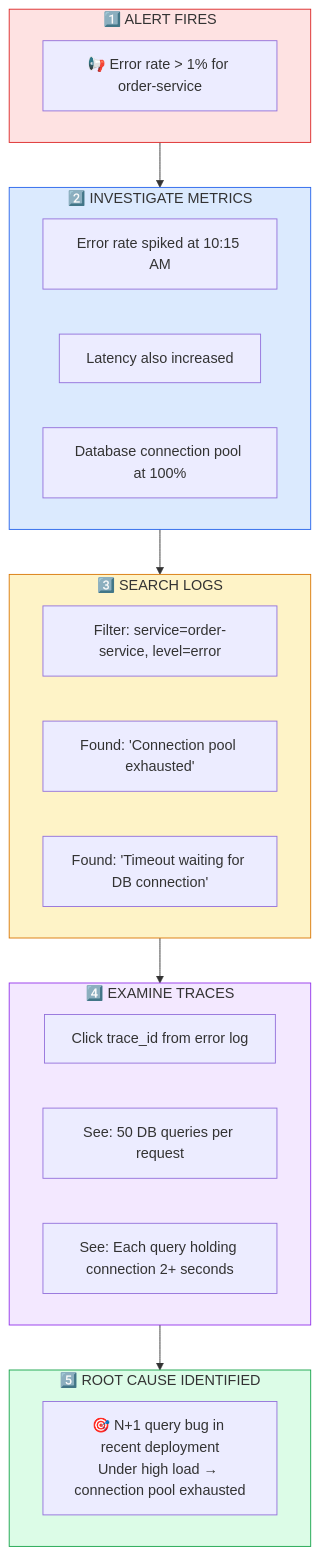
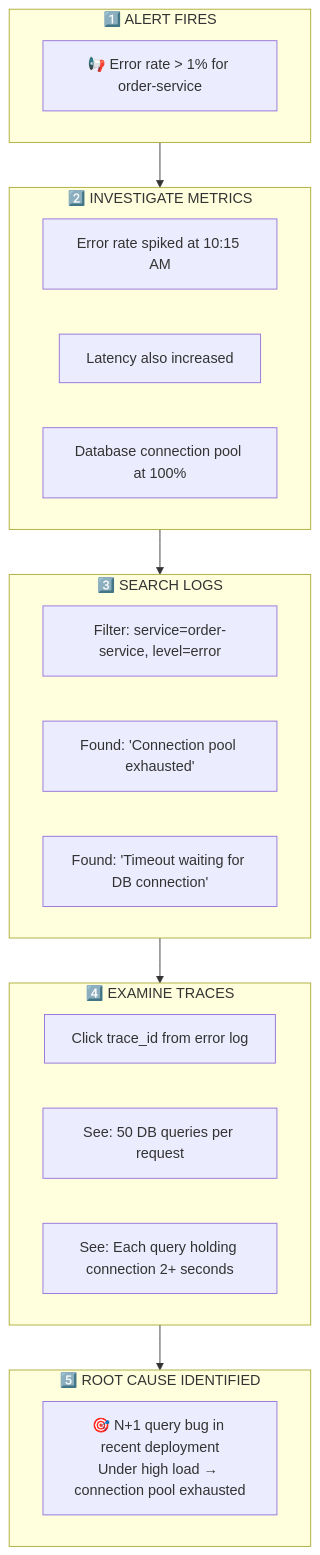
Before and after one commit to shivam-g-mishra/blog: the second of 2 diagrams in docs/observability/three-pillars.md, drawn with Mermaid. The commit also changed other lines of this file and 23 other files, not shown here.

First line of the commit message:
fix: improve Mermaid diagram visibility in dark mode

````diff
--- a/docs/observability/three-pillars.md
+++ b/docs/observability/three-pillars.md
@@ -279,39 +275,33 @@
 ```mermaid
 flowchart TB
     subgraph step1["1️⃣ ALERT FIRES"]
         alert["📢 Error rate > 1% for order-service"]
     end
     
     subgraph step2["2️⃣ INVESTIGATE METRICS"]
         m1["Error rate spiked at 10:15 AM"]
         m2["Latency also increased"]
         m3["Database connection pool at 100%"]
     end
     
     subgraph step3["3️⃣ SEARCH LOGS"]
         l1["Filter: service=order-service, level=error"]
         l2["Found: 'Connection pool exhausted'"]
         l3["Found: 'Timeout waiting for DB connection'"]
     end
     
     subgraph step4["4️⃣ EXAMINE TRACES"]
         t1["Click trace_id from error log"]
         t2["See: 50 DB queries per request"]
         t3["See: Each query holding connection 2+ seconds"]
     end
     
     subgraph step5["5️⃣ ROOT CAUSE IDENTIFIED"]
         root["🎯 N+1 query bug in recent deployment<br/>Under high load → connection pool exhausted"]
     end
     
     step1 --> step2
     step2 --> step3
     step3 --> step4
     step4 --> step5
-    
-    style step1 fill:#fee2e2,stroke:#dc2626
-    style step2 fill:#dbeafe,stroke:#2563eb
-    style step3 fill:#fef3c7,stroke:#d97706
-    style step4 fill:#f3e8ff,stroke:#9333ea
-    style step5 fill:#dcfce7,stroke:#16a34a
 ```
````
